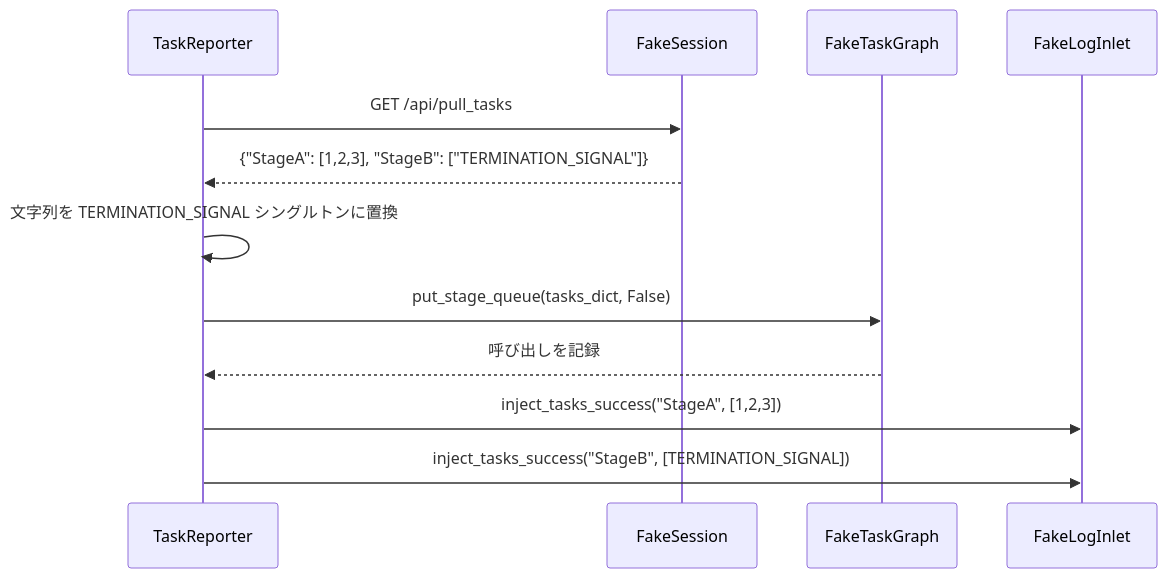
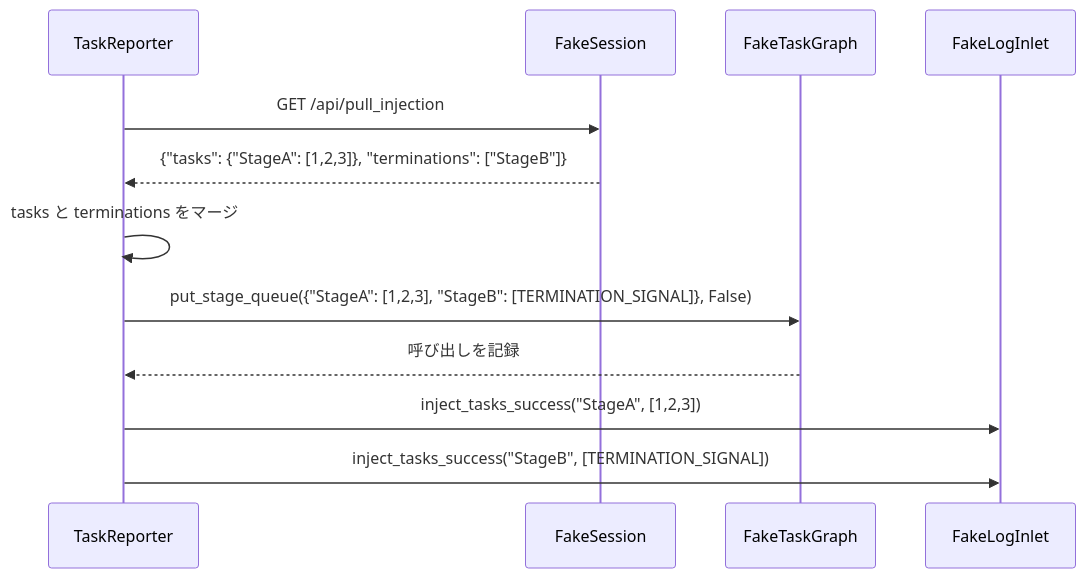
One commit to Mr-xiaotian/CelestialFlow changed the diagram in docs/ja/tests/observability/test_reporter_injection.md. Above: the diagram before and after it, drawn with Mermaid. The commit also changed other lines of this file and 133 other files, not shown here.

````diff
--- a/docs/ja/tests/observability/test_reporter_injection.md
+++ b/docs/ja/tests/observability/test_reporter_injection.md
@@ -31,15 +31,15 @@
 ```mermaid
 sequenceDiagram
     participant R as TaskReporter
     participant S as FakeSession
     participant G as FakeTaskGraph
     participant L as FakeLogInlet
 
-    R->>S: GET /api/pull_tasks
-    S-->>R: {"StageA": [1,2,3], "StageB": ["TERMINATION_SIGNAL"]}
-    R->>R: 文字列を TERMINATION_SIGNAL シングルトンに置換
-    R->>G: put_stage_queue(tasks_dict, False)
+    R->>S: GET /api/pull_injection
+    S-->>R: {"tasks": {"StageA": [1,2,3]}, "terminations": ["StageB"]}
+    R->>R: tasks と terminations をマージ
+    R->>G: put_stage_queue({"StageA": [1,2,3], "StageB": [TERMINATION_SIGNAL]}, False)
     G-->>R: 呼び出しを記録
     R->>L: inject_tasks_success("StageA", [1,2,3])
     R->>L: inject_tasks_success("StageB", [TERMINATION_SIGNAL])
 ```
````
